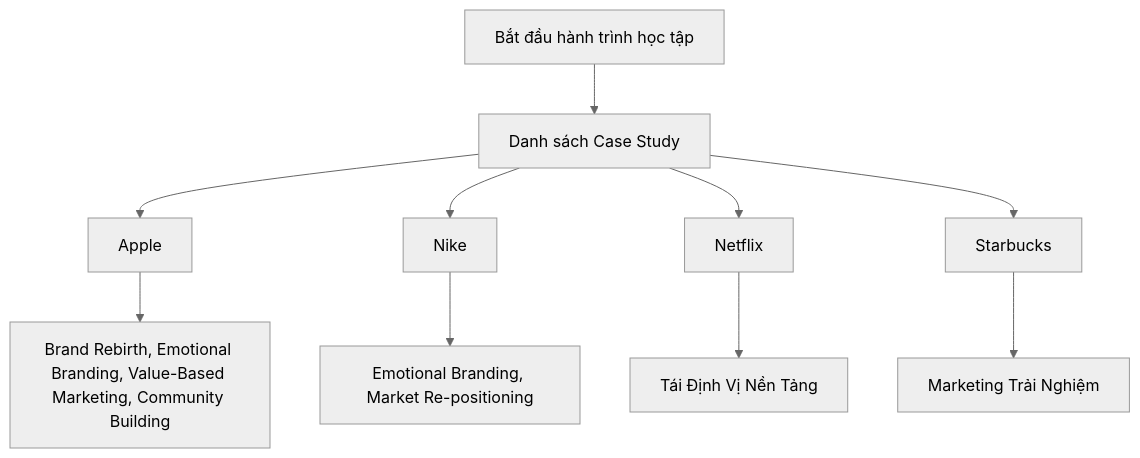
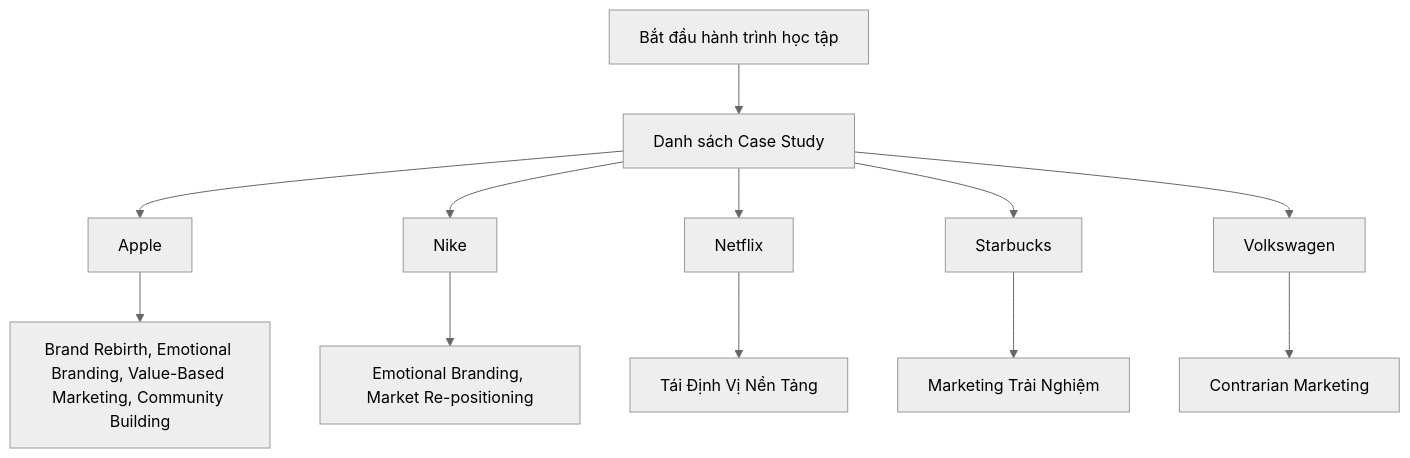
The diagram in README.md (quy2003/daily-marketing-cases), drawn with Mermaid (neutral theme) before and after one commit. The commit also changed other lines of this file and 3 other files, not shown here.

Commit message:
chore: auto-generate daily marketing case & podcast [skip ci]

````diff
--- a/README.md
+++ b/README.md
@@ -25,12 +25,14 @@
 ```mermaid
 graph TD
     Start[Bắt đầu hành trình học tập] --> DailyCases[Danh sách Case Study]
     DailyCases --> Apple["Apple"]
     Apple --> BrandRebirthEmotionalBrandingValueBasedMarketingCommunityBuilding["Brand Rebirth, Emotional Branding, Value-Based Marketing, Community Building"]
     DailyCases --> Nike["Nike"]
     Nike --> EmotionalBrandingMarketRepositioning["Emotional Branding, Market Re-positioning"]
     DailyCases --> Netflix["Netflix"]
     Netflix --> TinhVNnTng["Tái Định Vị Nền Tảng"]
     DailyCases --> Starbucks["Starbucks"]
     Starbucks --> MarketingTriNghim["Marketing Trải Nghiệm"]
+    DailyCases --> Volkswagen["Volkswagen"]
+    Volkswagen --> ContrarianMarketing["Contrarian Marketing"]
 ```
````
